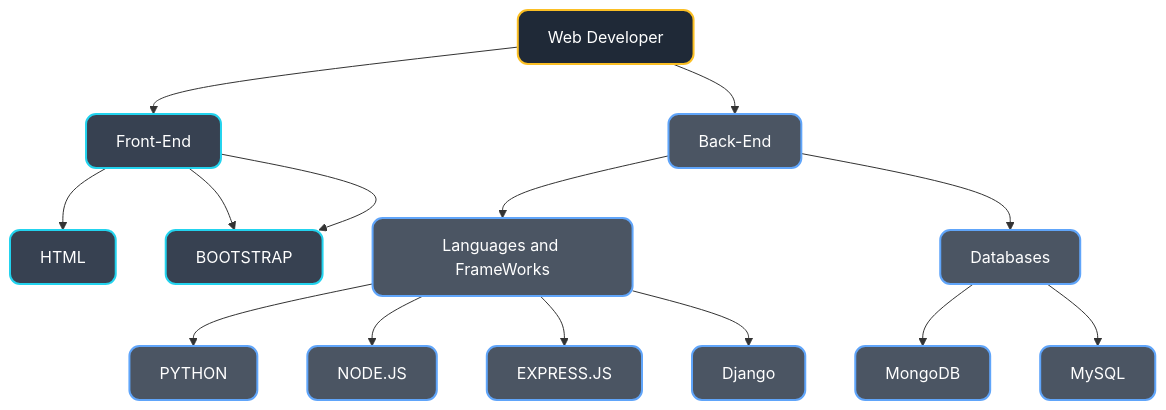
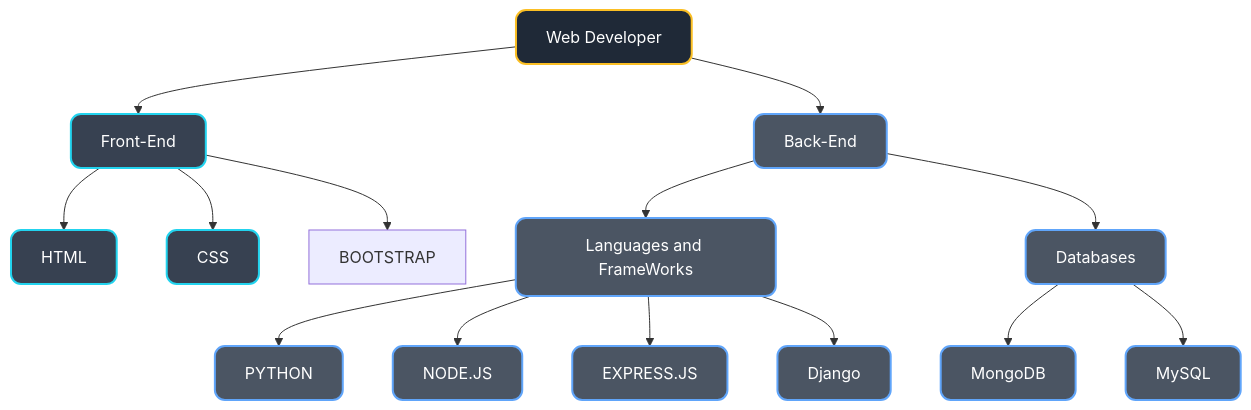
The diagram in README.md (Arshadvkb/Arshadvkb), drawn with Mermaid before and after one commit.

````diff
--- a/README.md
+++ b/README.md
@@ -26,42 +26,42 @@
 ```mermaid
 %% Note: This graph showcases my Technical Skills.  
 %% If it doesn't display, please view it on the GitHub website.
 graph TD
     A[Web Developer] --> B[Front-End]
     A --> C[Back-End]
    
     
     B --> B1[HTML]
     B --> B2[CSS]
-    B --> B2[BOOTSTRAP]
+    B --> B3[BOOTSTRAP]
 
     C --> C1[Languages and FrameWorks]
     C --> C2[Databases]
 
     C1 --> D1[PYTHON]
     C1 --> D2[NODE.JS]
     C1 --> D3[EXPRESS.JS]
     C1 --> D4[Django]
 
     C2 --> D5[MongoDB]
     C2 --> D6[MySQL]
 
     
   
    
     
     
   
 
     classDef main fill:#1f2937,stroke:#fbbf24,stroke-width:2px,color:#ffffff,rx:10px,ry:10px;
     classDef mobile fill:#374151,stroke:#22d3ee,stroke-width:2px,color:#ffffff,rx:10px,ry:10px;
     classDef web fill:#4b5563,stroke:#60a5fa,stroke-width:2px,color:#ffffff,rx:10px,ry:10px;
     classDef lang fill:#4b5563,stroke:#60a5fa,stroke-width:2px,color:#ffffff,rx:10px,ry:10px;
 
     class A main;
     class B,B1,B2 mobile;
     class C,C1,C2,C3 web;
     class D1,D2,D3,D4,D5,D6,D7 lang;
     
 
 ```
````
